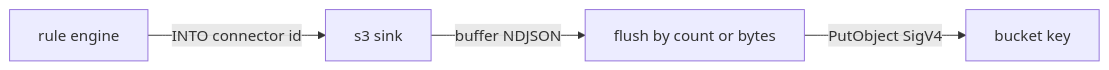
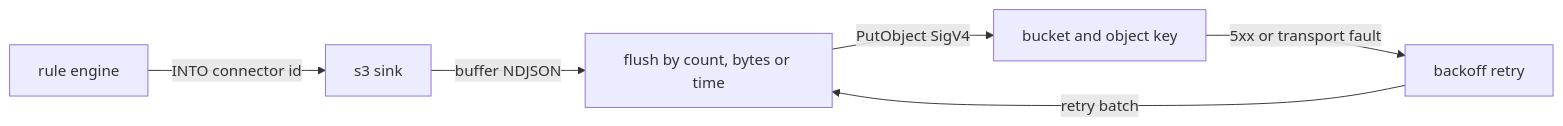
Before and after one commit to Indus-Stack/indramqtt: the diagram in docs/connectors/s3.md, drawn with Mermaid. The commit also changed other lines of this file and 10 other files, not shown here.

````diff
--- a/docs/connectors/s3.md
+++ b/docs/connectors/s3.md
@@ -14,6 +14,8 @@
 ```mermaid
 flowchart LR
     Rule["rule engine"] -- "INTO connector id" --> Sink["s3 sink"]
-    Sink -- "buffer NDJSON" --> Flush["flush by count or bytes"]
-    Flush -- "PutObject SigV4" --> Obj["bucket key"]
+    Sink -- "buffer NDJSON" --> Flush["flush by count, bytes or time"]
+    Flush -- "PutObject SigV4" --> Obj["bucket and object key"]
+    Obj -- "5xx or transport fault" --> Back["backoff retry"]
+    Back -- "retry batch" --> Flush
 ```
````
